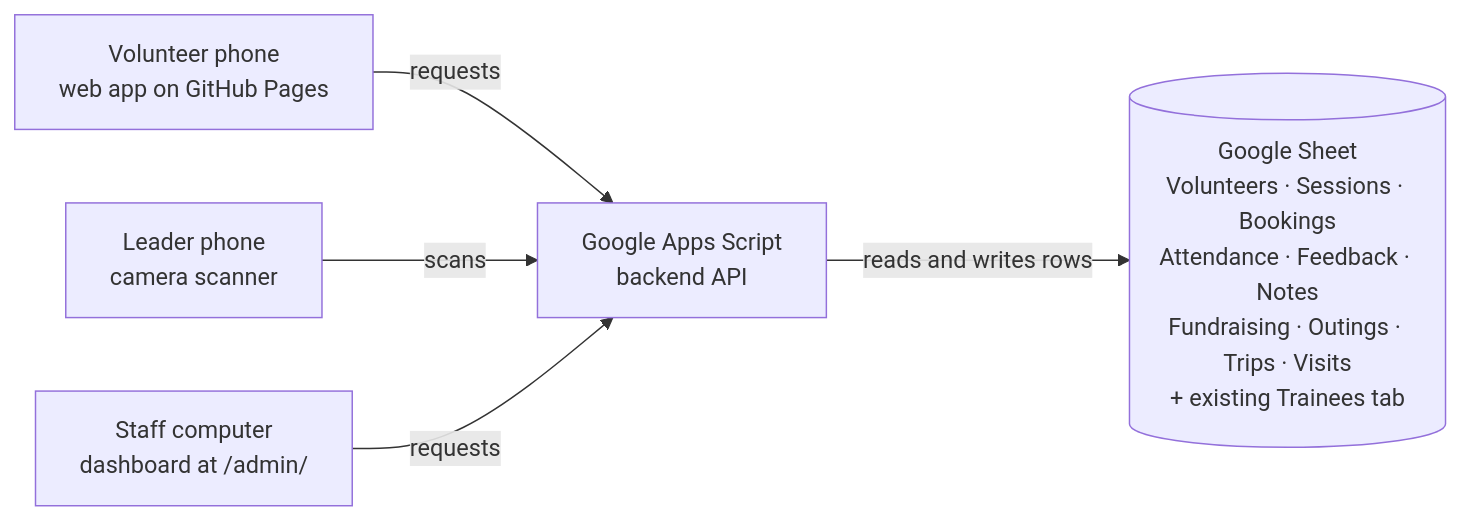
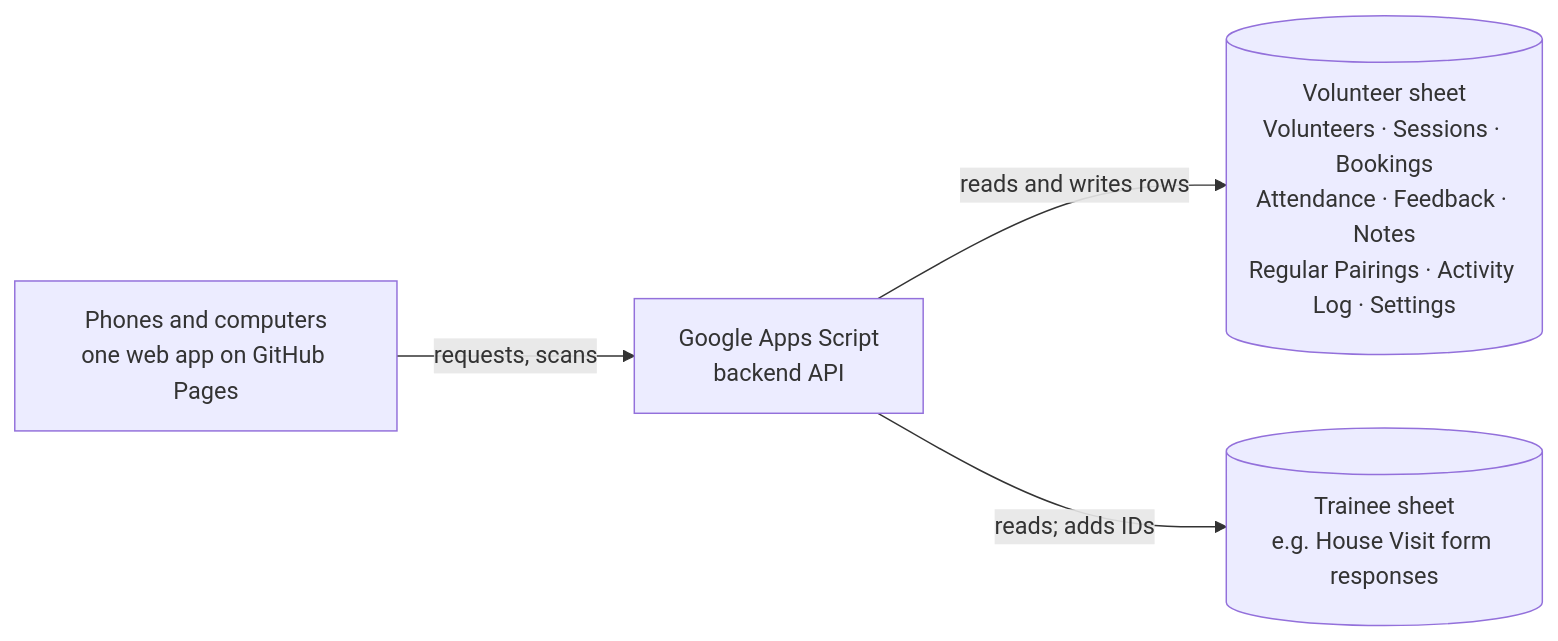
Before and after one commit to vcoder302026/T4G-Sem12627-MINDS-APP: the diagram in volunteer-app/README.md, drawn with Mermaid. The commit also changed other lines of this file and 62 other files, not shown here.

````diff
--- a/volunteer-app/README.md
+++ b/volunteer-app/README.md
@@ -106,7 +113,6 @@
 ```mermaid
 flowchart LR
-  V[Volunteer phone<br/>web app on GitHub Pages] -- "requests" --> G[Google Apps Script<br/>backend API]
-  L[Leader phone<br/>camera scanner] -- "scans" --> G
-  D[Staff computer<br/>dashboard at /admin/] -- "requests" --> G
-  G -- "reads and writes rows" --> S[(Google Sheet<br/>Volunteers · Sessions · Bookings<br/>Attendance · Feedback · Notes<br/>Fundraising · Outings · Trips · Visits<br/>+ existing Trainees tab)]
+  V[Phones and computers<br/>one web app on GitHub Pages] -- "requests, scans" --> G[Google Apps Script<br/>backend API]
+  G -- "reads and writes rows" --> S[(Volunteer sheet<br/>Volunteers · Sessions · Bookings<br/>Attendance · Feedback · Notes<br/>Regular Pairings · Activity Log · Settings)]
+  G -- "reads; adds IDs" --> T[(Trainee sheet<br/>e.g. House Visit form responses)]
 ```
````
